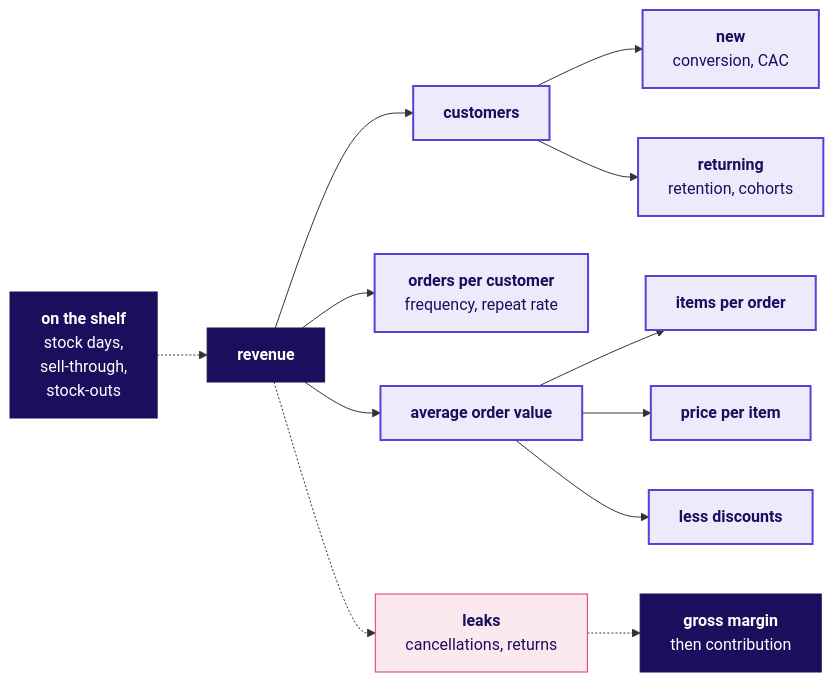
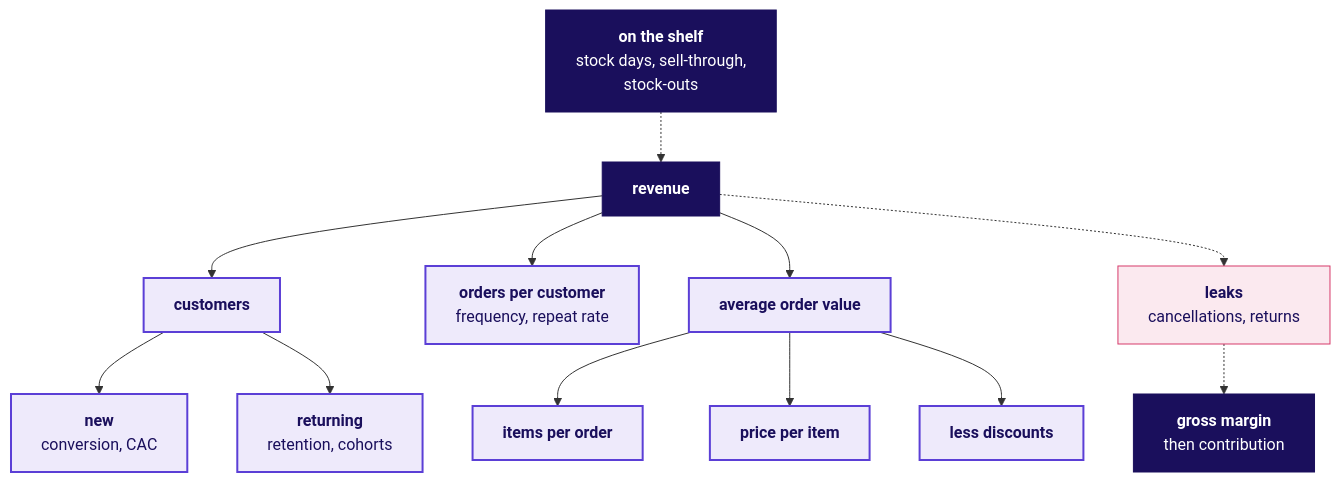
One commit to fde-academy-lab/c2-content-factory changed the fifth of 6 diagrams in content/W01/D1/study-notes/C2_W01_D01_domain_retail_STUDENT.md. Above: the diagram before and after it, drawn with Mermaid. The commit also changed other lines of this file, not shown here.

````diff
--- a/content/W01/D1/study-notes/C2_W01_D01_domain_retail_STUDENT.md
+++ b/content/W01/D1/study-notes/C2_W01_D01_domain_retail_STUDENT.md
@@ -208,21 +257,20 @@
 ```mermaid
-flowchart LR
-    S["<b>on the shelf</b><br/>stock days,<br/>sell-through,<br/>stock-outs"] -.-> R["<b>revenue</b>"]
-    R --> C["<b>customers</b>"]
+flowchart TB
+    R["<b>revenue</b>"] --> C["<b>customers</b>"]
     R --> F["<b>orders per customer</b><br/>frequency, repeat rate"]
     R --> A["<b>average order value</b>"]
     R -.-> L["<b>leaks</b><br/>cancellations, returns"]
     C --> N["<b>new</b><br/>conversion, CAC"]
     C --> T["<b>returning</b><br/>retention, cohorts"]
-    F ~~~ I
     A --> I["<b>items per order</b>"]
     A --> P["<b>price per item</b>"]
     A --> D["<b>less discounts</b>"]
     L -.-> M["<b>gross margin</b><br/>then contribution"]
+    S["<b>on the shelf</b><br/>stock days, sell-through,<br/>stock-outs"] -.-> R
     classDef known fill:#EEEAFB,stroke:#5B3FD6,color:#1A0F5C,stroke-width:2px
     classDef bad fill:#FBE9EF,stroke:#D63A6A,color:#1A0F5C
     classDef dark fill:#1A0F5C,stroke:#1A0F5C,color:#FFFFFF
     class C,F,A,N,T,I,P,D known
     class L bad
     class R,M,S dark
 ```
````
